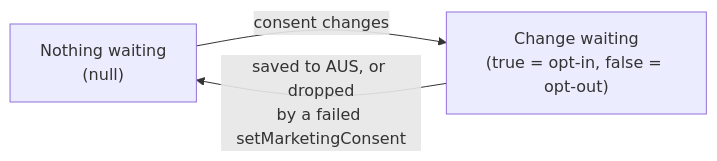
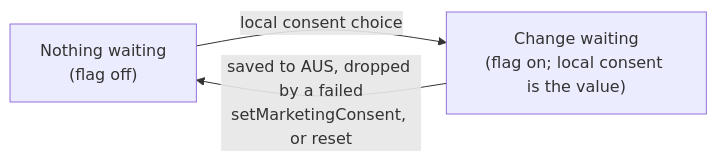
Before and after one commit to MetaMask/core: the first of 2 diagrams in packages/marketing-consent-controller/ARCHITECTURE.md, drawn with Mermaid. The commit also changed other lines of this file and 5 other files, not shown here.

First line of the commit message:
refactor(marketing-consent-controller): move pending consent to AnalyticsController

````diff
--- a/packages/marketing-consent-controller/ARCHITECTURE.md
+++ b/packages/marketing-consent-controller/ARCHITECTURE.md
@@ -36,7 +39,7 @@
 ```mermaid
 flowchart LR
-  nothing["Nothing waiting<br/>(null)"]
-  waiting["Change waiting<br/>(true = opt-in, false = opt-out)"]
-  nothing -- "consent changes" --> waiting
-  waiting -- "saved to AUS, or dropped<br/>by a failed setMarketingConsent" --> nothing
+  nothing["Nothing waiting<br/>(flag off)"]
+  waiting["Change waiting<br/>(flag on; local consent is the value)"]
+  nothing -- "local consent choice" --> waiting
+  waiting -- "saved to AUS, dropped by a failed<br/>setMarketingConsent, or reset" --> nothing
 ```
````
